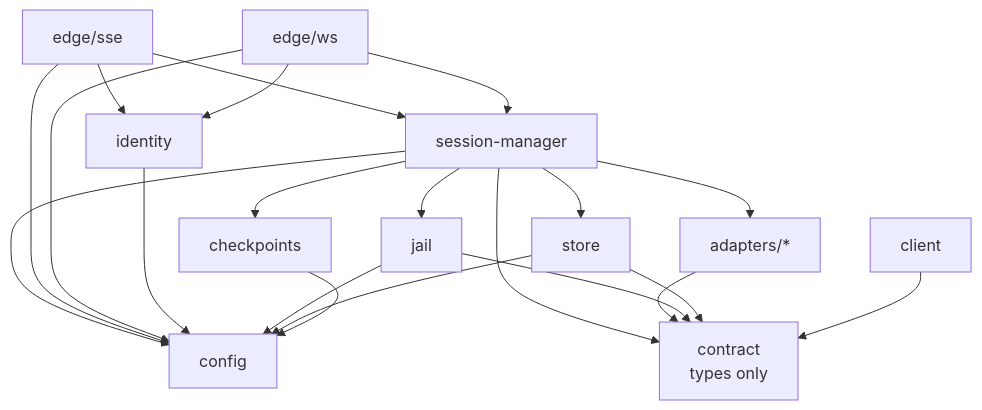
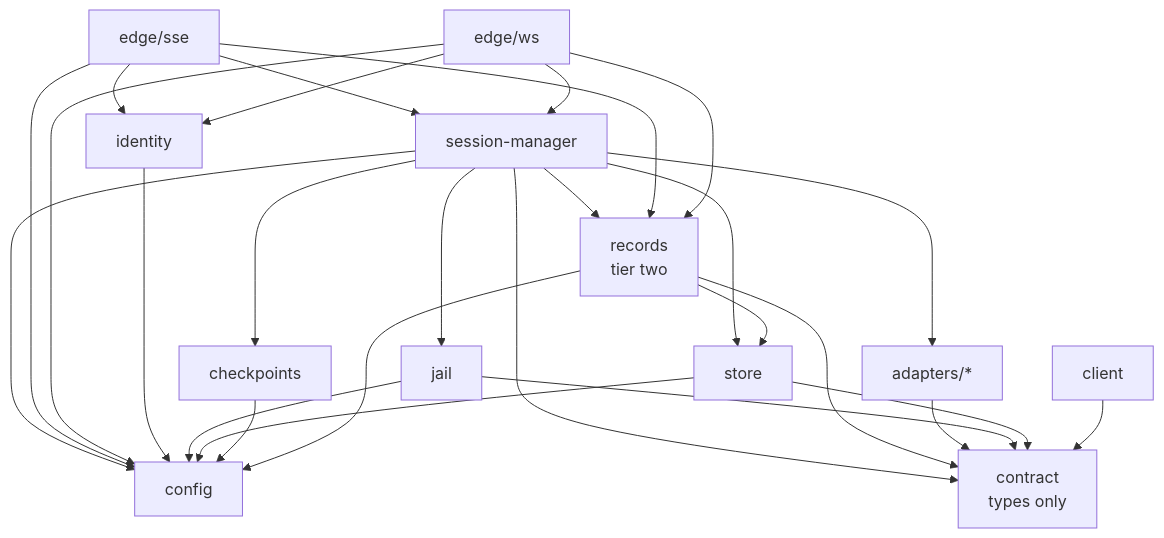
One commit to The-Running-Dev/SubZeroDev.SkyNetHR changed the second of 2 diagrams in design/10-design.md. Above: the diagram before and after it, drawn with Mermaid. The commit also changed other lines of this file and 8 other files, not shown here.

First line of the commit message:
Import console prototype and carry tier-two rulings through design (#51)

````diff
--- a/design/10-design.md
+++ b/design/10-design.md
@@ -539,35 +778,42 @@
 ```mermaid
 flowchart TD
     CT["contract<br/>types only"]
     CF["config"]
     ID["identity"]
     JL["jail"]
     ST["store"]
     CK["checkpoints"]
     AD["adapters/*"]
+    RC["records<br/>tier two"]
     SM["session-manager"]
     EH["edge/sse"]
     EW["edge/ws"]
     CL["client"]
 
     SM --> JL
     SM --> ST
     SM --> CK
     SM --> AD
+    SM --> RC
     SM --> CT
     SM --> CF
     EH --> SM
+    EH --> RC
     EH --> ID
     EH --> CF
     EW --> SM
+    EW --> RC
     EW --> ID
     EW --> CF
     ID --> CF
     JL --> CF
     ST --> CF
     CK --> CF
+    RC --> ST
+    RC --> CF
+    RC --> CT
     AD --> CT
     JL --> CT
     ST --> CT
     CL --> CT
 ```
````
